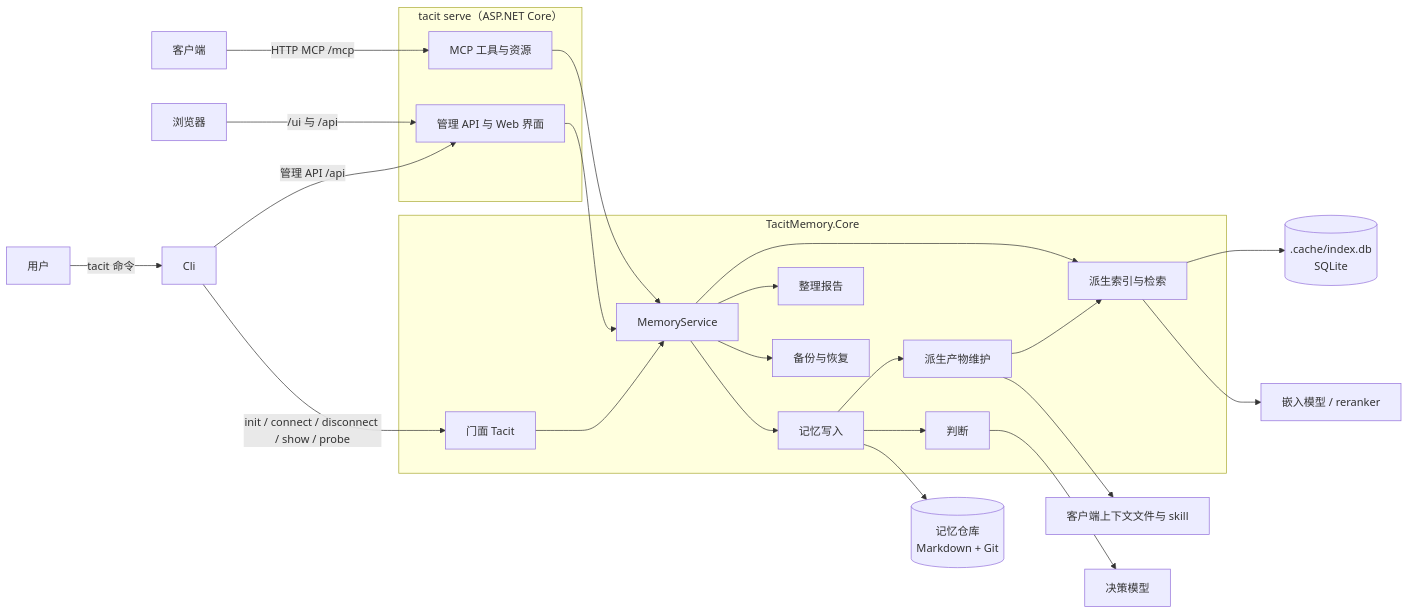
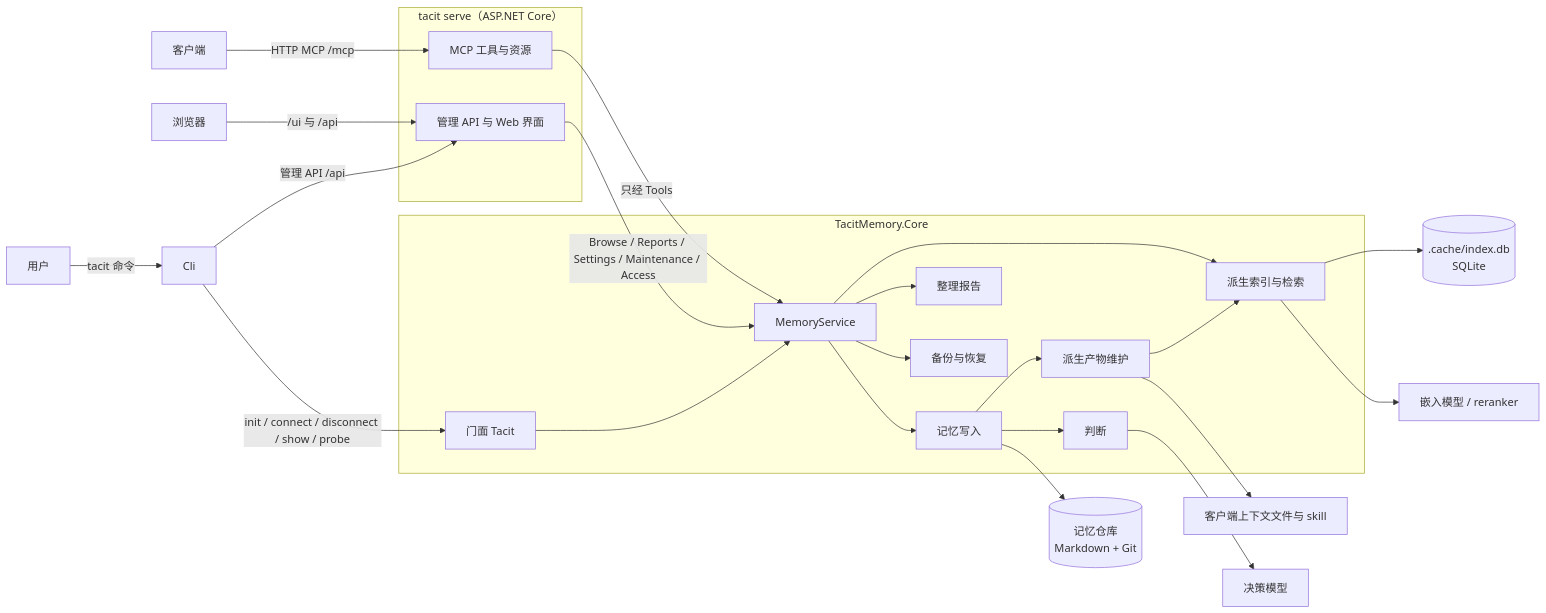
The diagram in docs/dev/architecture.md (kearril/tacit-memory), drawn with Mermaid before and after one commit. The commit also changed other lines of this file and 85 other files, not shown here.

````diff
--- a/docs/dev/architecture.md
+++ b/docs/dev/architecture.md
@@ -7,37 +7,37 @@
 ```mermaid
 flowchart LR
     Client[客户端] -->|HTTP MCP /mcp| Mcp
     User[用户] -->|tacit 命令| Cli
     Browser[浏览器] -->|/ui 与 /api| Admin
     Cli -->|管理 API /api| Admin
     subgraph Host["tacit serve（ASP.NET Core）"]
         Mcp[MCP 工具与资源]
         Admin[管理 API 与 Web 界面]
     end
     Cli -->|init / connect / disconnect / show / probe| Facade
-    Mcp --> Service
-    Admin --> Service
+    Mcp -->|只经 Tools| Service
+    Admin -->|Browse / Reports / Settings / Maintenance / Access| Service
     subgraph Core["TacitMemory.Core"]
         Facade[门面 Tacit]
         Service[MemoryService]
         Writer[记忆写入]
         Index[派生索引与检索]
         Judge[判断]
         Upkeep[派生产物维护]
         Consolidation[整理报告]
         Backup[备份与恢复]
     end
     Facade --> Service
     Service --> Writer
     Service --> Index
     Service --> Consolidation
     Service --> Backup
     Writer --> Judge
     Writer --> Upkeep
     Upkeep --> Index
     Upkeep --> Files[客户端上下文文件与 skill]
     Writer --> Repo[(记忆仓库<br>Markdown + Git)]
     Index --> Db[(.cache/index.db<br>SQLite)]
     Index --> Aux[嵌入模型 / reranker]
     Judge --> Decision[决策模型]
 ```
````
